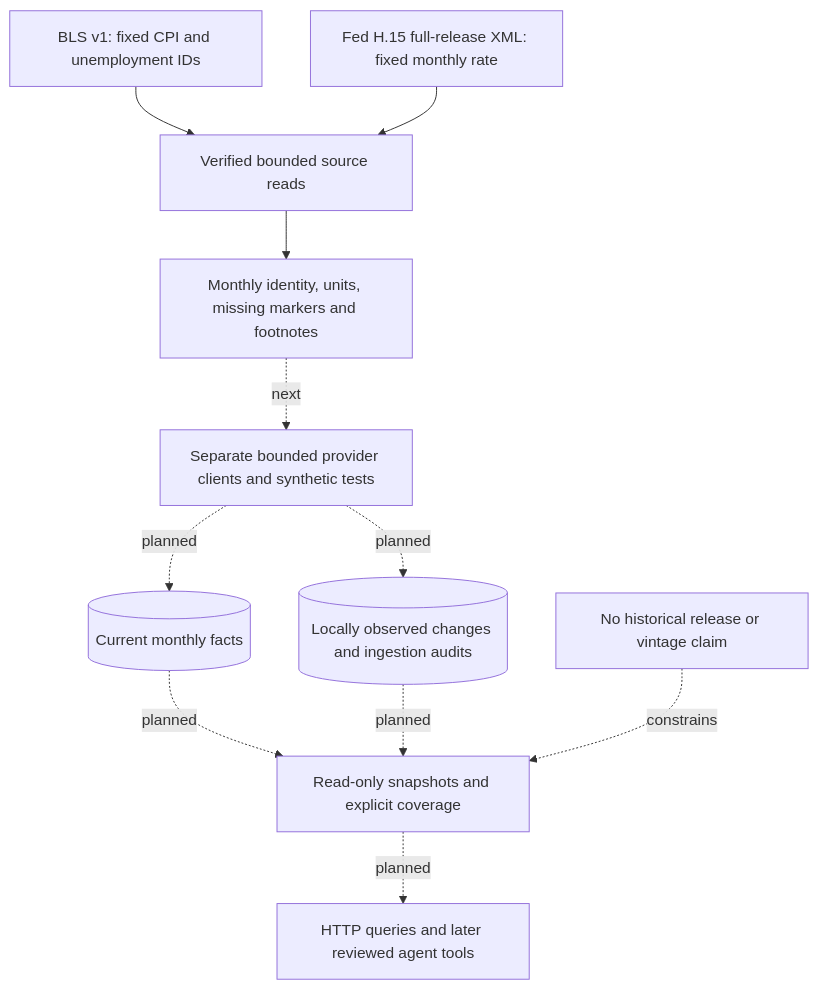
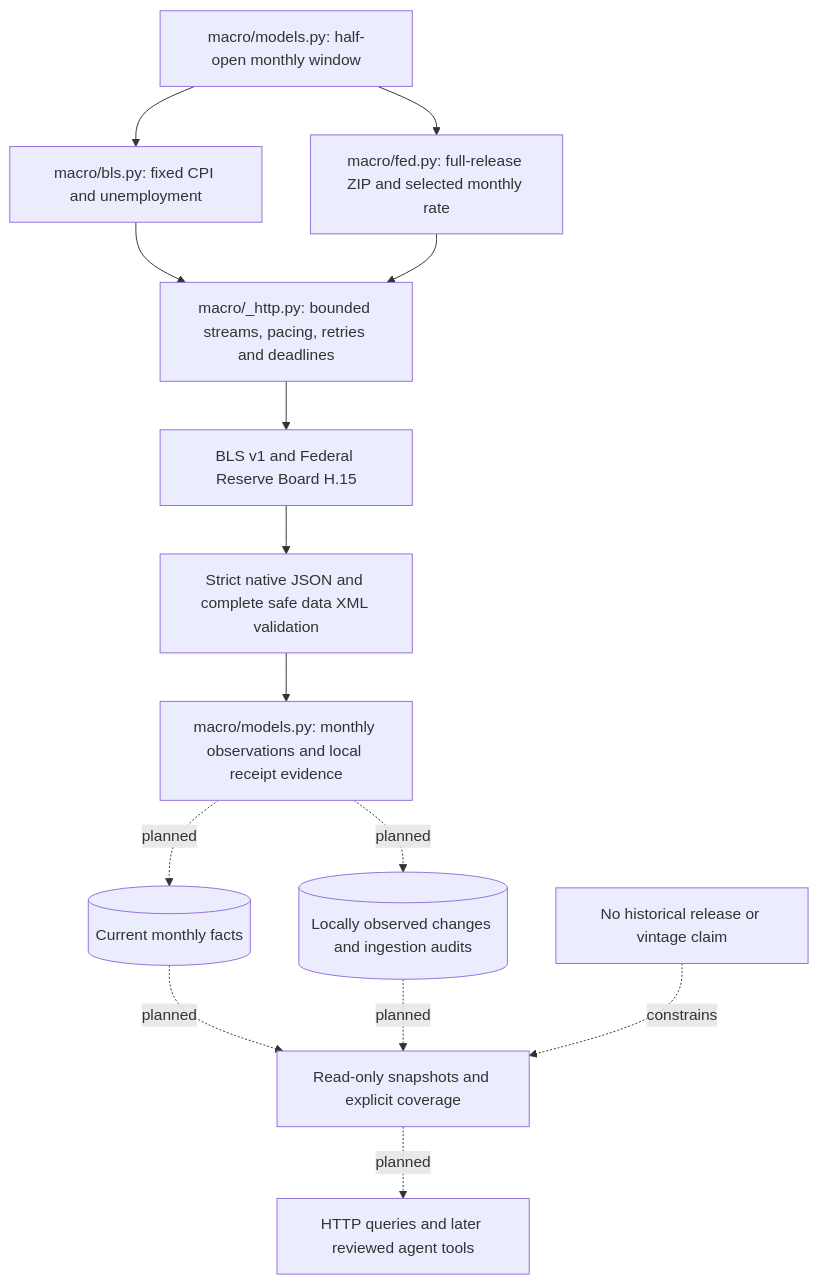
The third of 3 diagrams in ARCHITECTURE.md (edramosreis/ai-market-intelligence), drawn with Mermaid before and after one commit. The commit also changed other lines of this file and 8 other files, not shown here.

Commit message:
Add bounded Fed monthly rate XML reads

````diff
--- a/ARCHITECTURE.md
+++ b/ARCHITECTURE.md
@@ -485,13 +485,16 @@
 ```mermaid
 flowchart TD
-    BLS[BLS v1: fixed CPI and unemployment IDs] --> Samples[Verified bounded source reads]
-    Fed[Fed H.15 full-release XML: fixed monthly rate] --> Samples
-    Samples --> Contract[Monthly identity, units, missing markers and footnotes]
-    Contract -. next .-> Clients[Separate bounded provider clients and synthetic tests]
-    Clients -. planned .-> Current[(Current monthly facts)]
-    Clients -. planned .-> Revisions[(Locally observed changes and ingestion audits)]
+    Window[macro/models.py: half-open monthly window] --> BLS[macro/bls.py: fixed CPI and unemployment]
+    Window --> Fed[macro/fed.py: full-release ZIP and selected monthly rate]
+    BLS --> Transport[macro/_http.py: bounded streams, pacing, retries and deadlines]
+    Fed --> Transport
+    Transport --> Sources[BLS v1 and Federal Reserve Board H.15]
+    Sources --> Validate[Strict native JSON and complete safe data XML validation]
+    Validate --> Contract[macro/models.py: monthly observations and local receipt evidence]
+    Contract -. planned .-> Current[(Current monthly facts)]
+    Contract -. planned .-> Revisions[(Locally observed changes and ingestion audits)]
     Current -. planned .-> Reader[Read-only snapshots and explicit coverage]
     Revisions -. planned .-> Reader
     Reader -. planned .-> API[HTTP queries and later reviewed agent tools]
     Limits[No historical release or vintage claim] -. constrains .-> Reader
 ```
````
